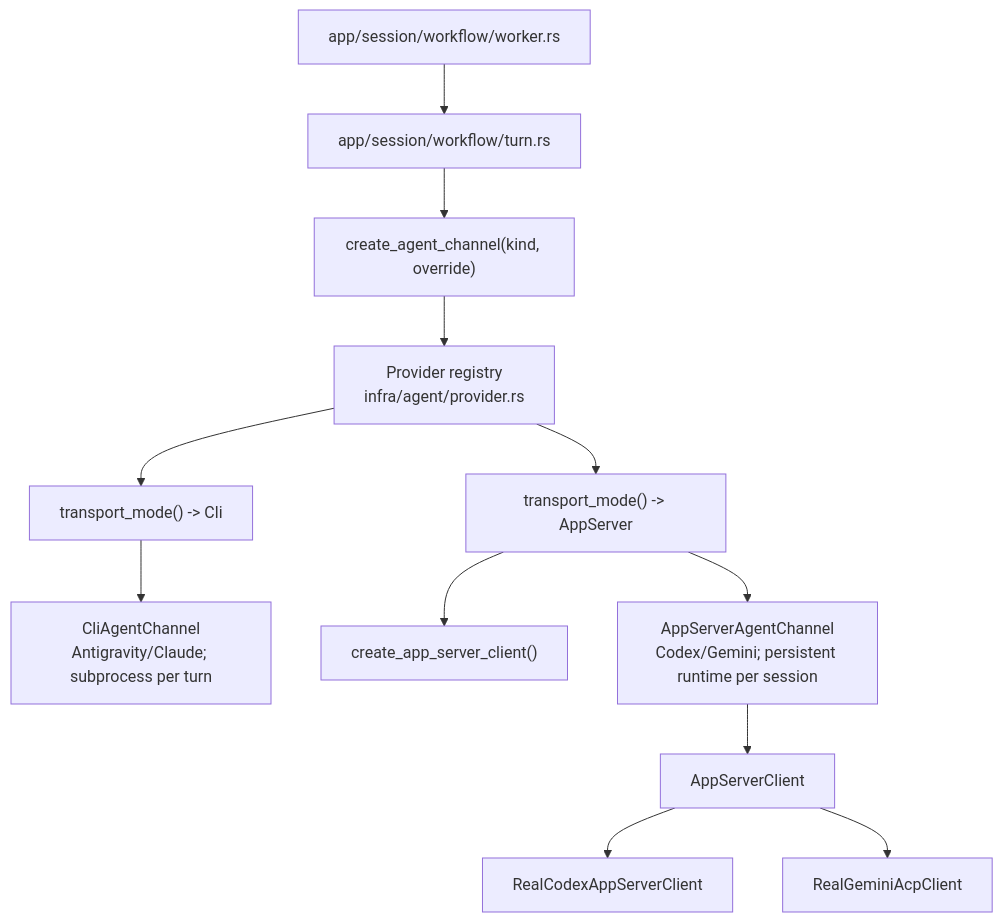
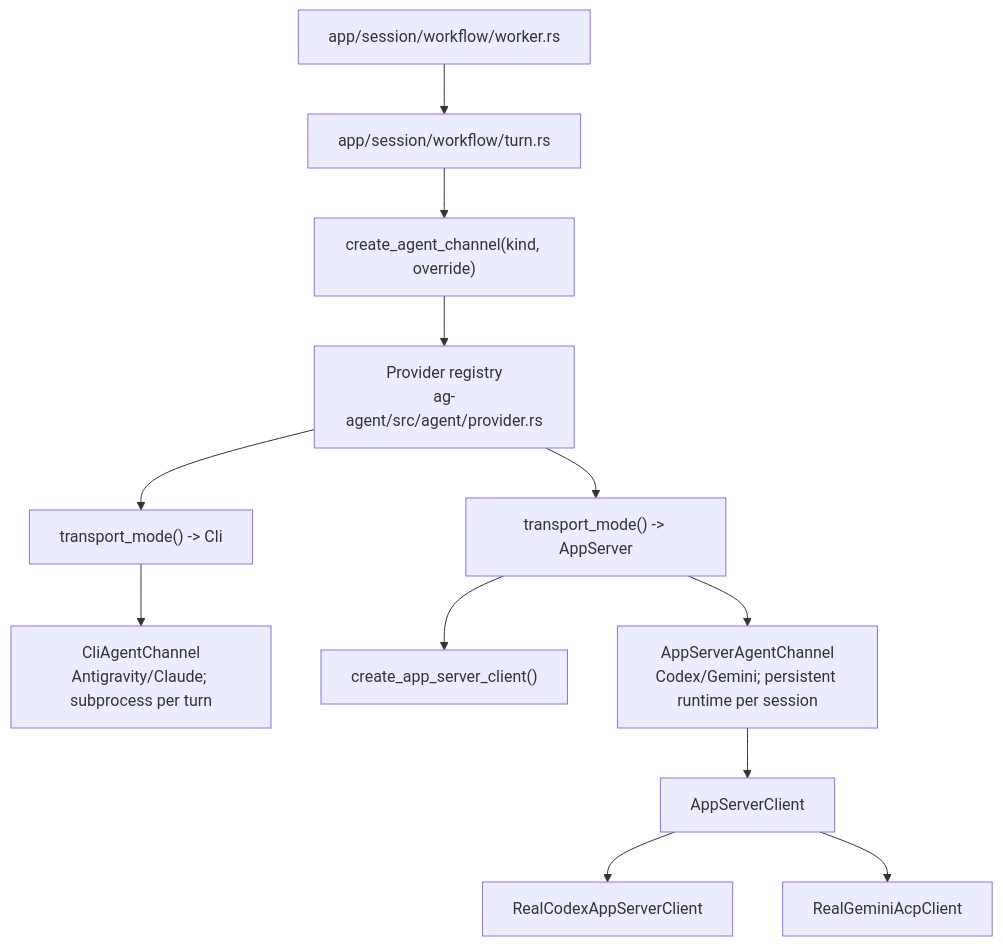
Before and after one commit to agentty-xyz/agentty: the second of 2 diagrams in docs/site/content/docs/architecture/runtime-flow.md, drawn with Mermaid. The commit also changed other lines of this file and 112 other files, not shown here.

````diff
--- a/docs/site/content/docs/architecture/runtime-flow.md
+++ b/docs/site/content/docs/architecture/runtime-flow.md
@@ -214,27 +215,27 @@
 ```mermaid
 flowchart TD
   worker["app/session/workflow/worker.rs"]
   turn["app/session/workflow/turn.rs"]
   factory["create_agent_channel(kind, override)"]
-  provider["Provider registry<br/>infra/agent/provider.rs"]
+  provider["Provider registry<br/>ag-agent/src/agent/provider.rs"]
   cli_mode["transport_mode() -> Cli"]
   cli_channel["CliAgentChannel<br/>Antigravity/Claude; subprocess per turn"]
   app_server_mode["transport_mode() -> AppServer"]
   app_server_client["create_app_server_client()"]
   app_server_channel["AppServerAgentChannel<br/>Codex/Gemini; persistent runtime per session"]
   client_trait["AppServerClient"]
   codex_client["RealCodexAppServerClient"]
   gemini_client["RealGeminiAcpClient"]
 
   worker --> turn
   turn --> factory
   factory --> provider
   provider --> cli_mode
   cli_mode --> cli_channel
   provider --> app_server_mode
   app_server_mode --> app_server_client
   app_server_mode --> app_server_channel
   app_server_channel --> client_trait
   client_trait --> codex_client
   client_trait --> gemini_client
 ```
````
